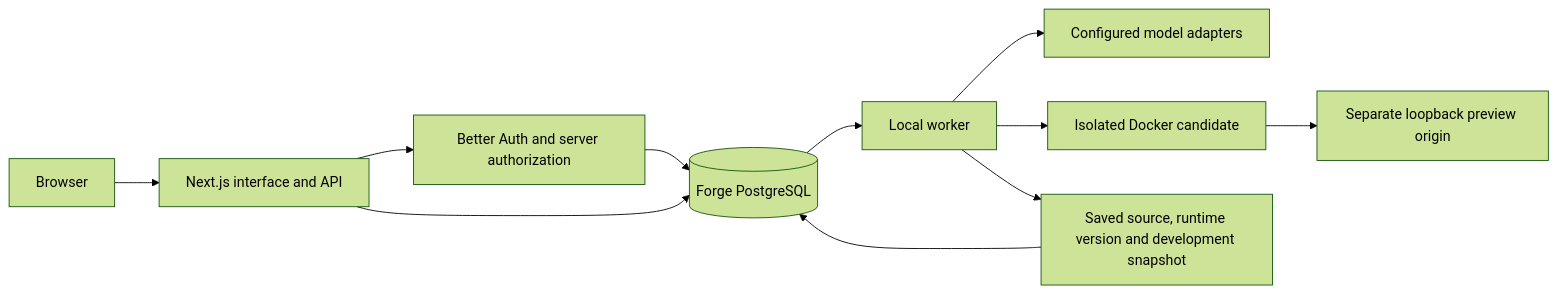
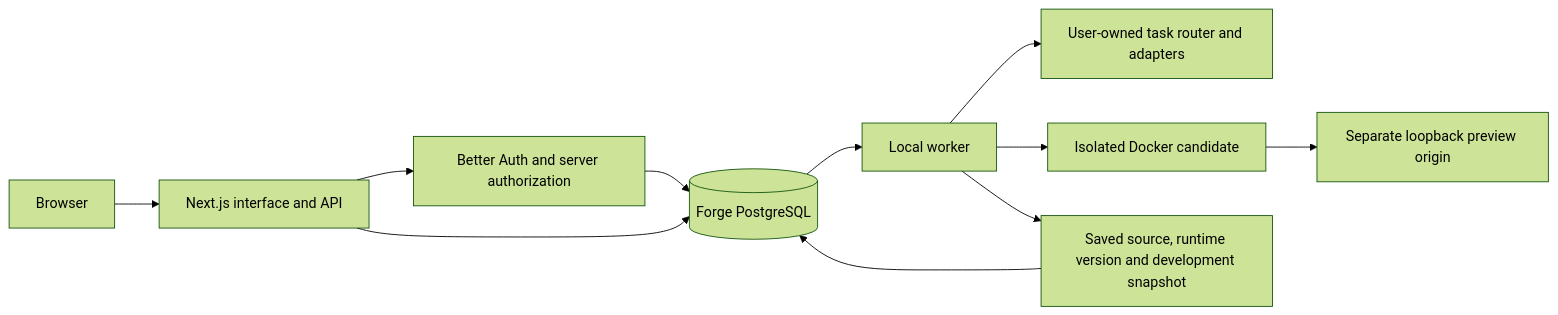
One commit to shellcat-com/forge-ai changed the diagram in docs/architecture.md. Above: the diagram before and after it, drawn with Mermaid (forest theme). The commit also changed other lines of this file and 60 other files, not shown here.

Commit message:
Add user-owned API connections and durable multi-model task routing

````diff
--- a/docs/architecture.md
+++ b/docs/architecture.md
@@ -5,13 +5,13 @@
 ```mermaid
 flowchart LR
  Browser --> Next[Next.js interface and API]
  Next --> Auth[Better Auth and server authorization]
  Auth --> PG[(Forge PostgreSQL)]
  Next --> PG
  PG --> Worker[Local worker]
- Worker --> Providers[Configured model adapters]
+ Worker --> Providers[User-owned task router and adapters]
  Worker --> Docker[Isolated Docker candidate]
  Docker --> Preview[Separate loopback preview origin]
  Worker --> Revisions[Saved source, runtime version and development snapshot]
  Revisions --> PG
 ```
````
